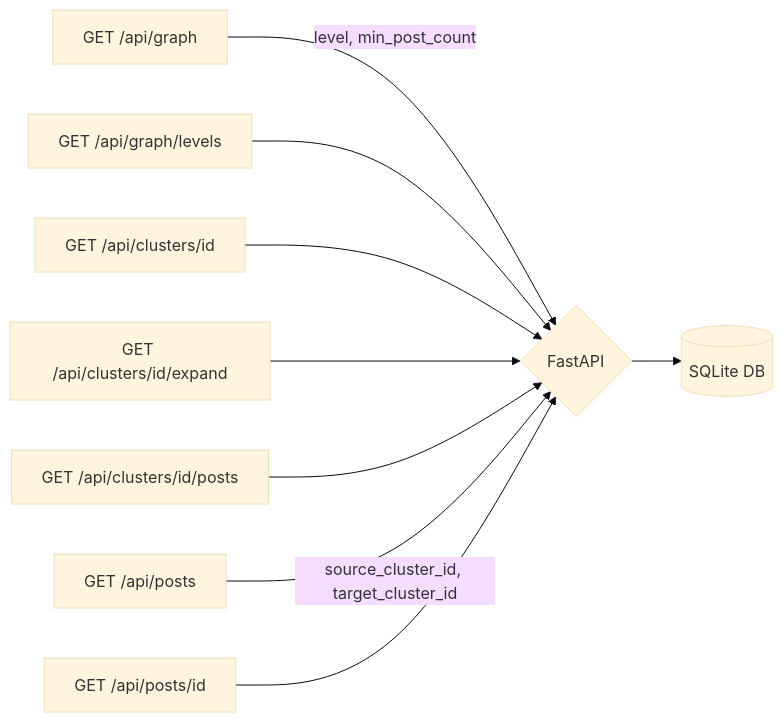
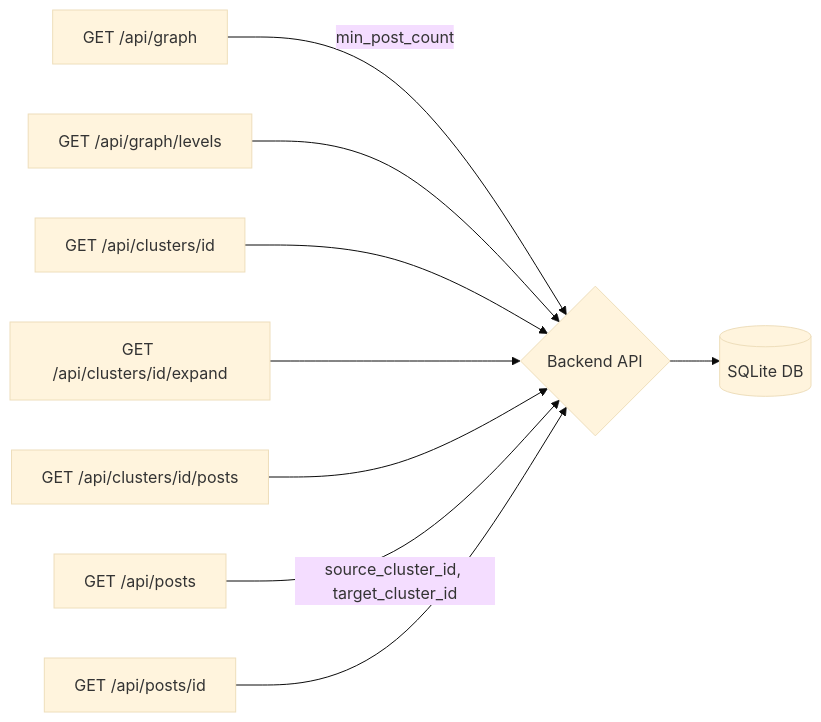
Before and after one commit to TheMrSheldon/causalgraph: the sixth of 7 diagrams in docs/architecture.md, drawn with Mermaid (base theme). The commit also changed other lines of this file and 15 other files, not shown here.

````diff
--- a/docs/architecture.md
+++ b/docs/architecture.md
@@ -199,11 +224,11 @@
 ```mermaid
 graph LR
-    A[GET /api/graph] -->|level, min_post_count| B{FastAPI}
+    A[GET /api/graph] -->|min_post_count| B{Backend API}
     C[GET /api/graph/levels] --> B
     D[GET /api/clusters/id] --> B
     E[GET /api/clusters/id/expand] --> B
     F[GET /api/clusters/id/posts] --> B
     G[GET /api/posts] -->|source_cluster_id, target_cluster_id| B
     H[GET /api/posts/id] --> B
     B --> I[(SQLite DB)]
 ```
````
